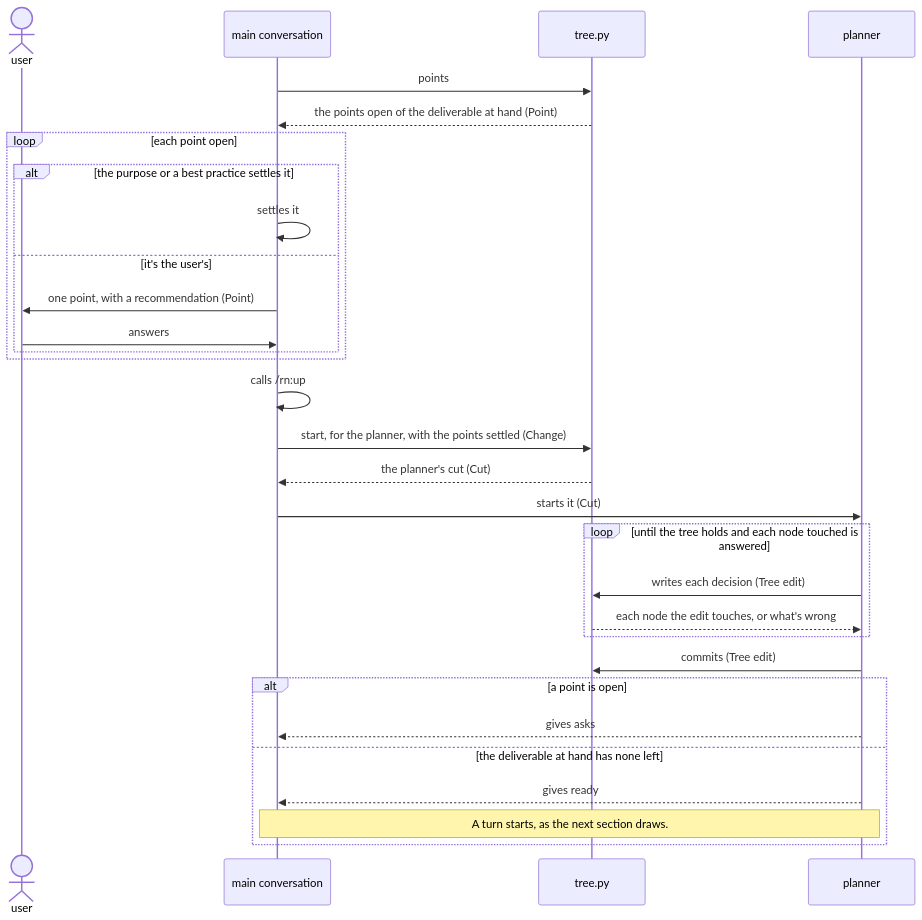
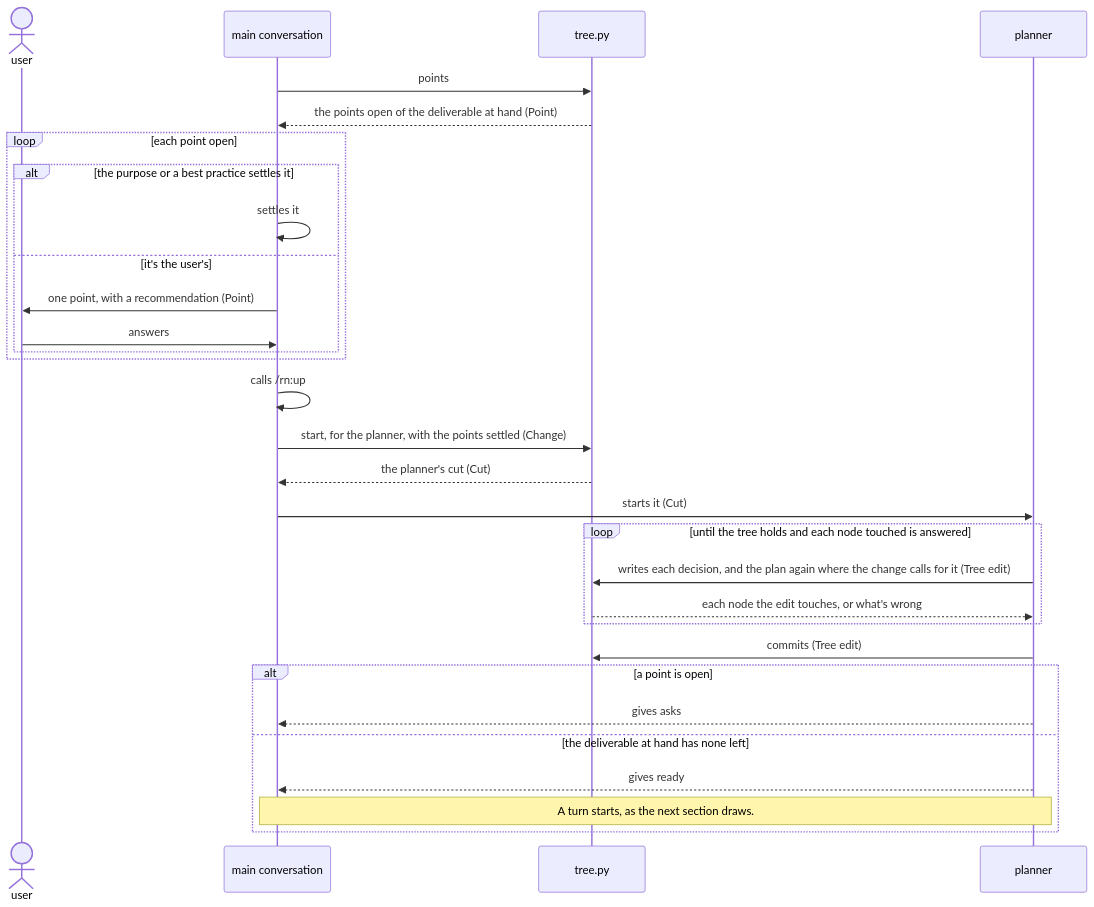
One commit to lovaizu/ccpm changed the second of 6 diagrams in dev/rn/architecture.md. Above: the diagram before and after it, drawn with Mermaid. The commit also changed other lines of this file and 7 other files, not shown here.

````diff
--- a/dev/rn/architecture.md
+++ b/dev/rn/architecture.md
@@ -248,32 +248,32 @@
 ```mermaid
 sequenceDiagram
   actor U as user
   participant M as main conversation
   participant T as tree.py
   participant P as planner
   M->>T: points
   T-->>M: the points open of the deliverable at hand (Point)
   loop each point open
     alt the purpose or a best practice settles it
       M->>M: settles it
     else it's the user's
       M->>U: one point, with a recommendation (Point)
       U->>M: answers
     end
   end
   M->>M: calls /rn:up
   M->>T: start, for the planner, with the points settled (Change)
   T-->>M: the planner's cut (Cut)
   M->>P: starts it (Cut)
   loop until the tree holds and each node touched is answered
-    P->>T: writes each decision (Tree edit)
+    P->>T: writes each decision, and the plan again where the change calls for it (Tree edit)
     T-->>P: each node the edit touches, or what's wrong
   end
   P->>T: commits (Tree edit)
   alt a point is open
     P-->>M: gives asks
   else the deliverable at hand has none left
     P-->>M: gives ready
     Note over M,P: A turn starts, as the next section draws.
   end
 ```
````
